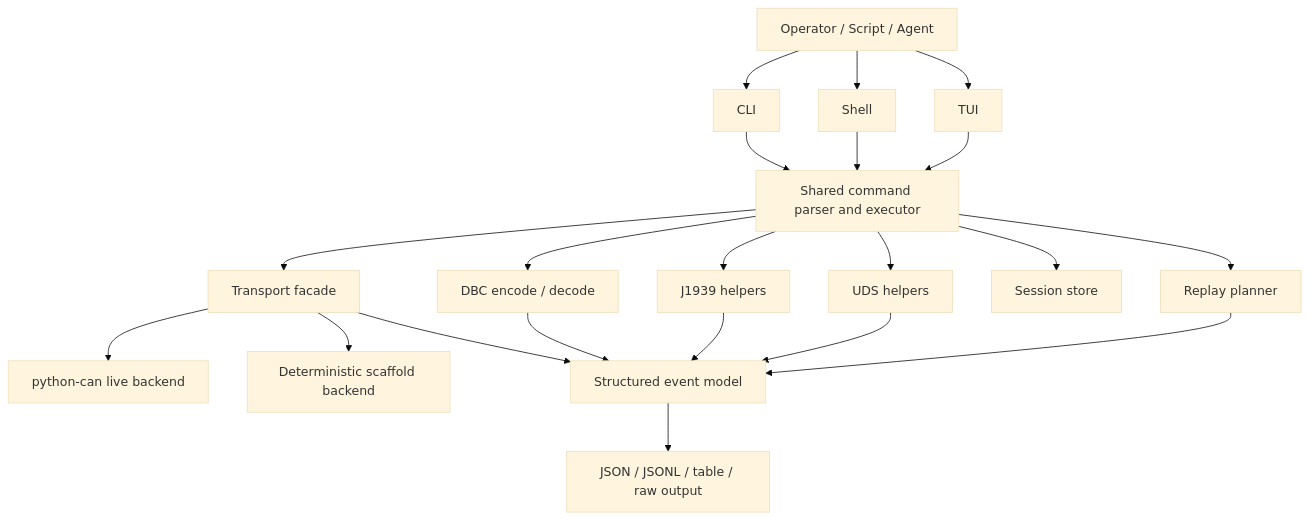
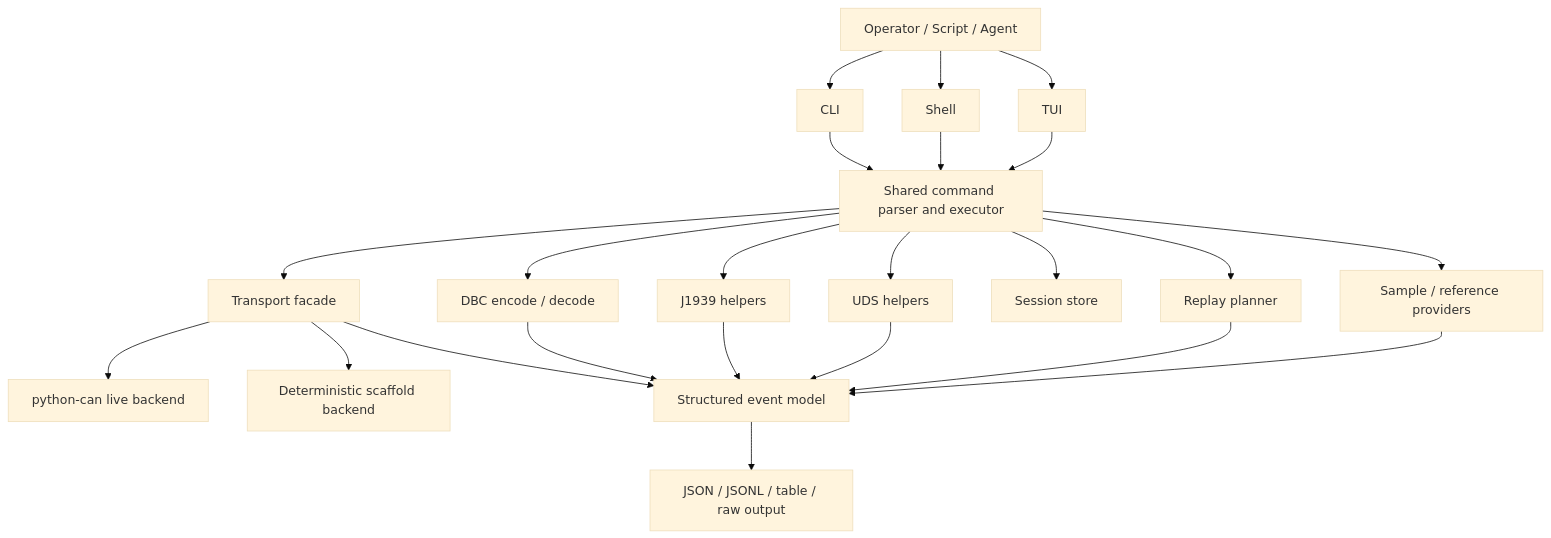
One commit to hexsecs/canarchy changed the first of 5 diagrams in docs/architecture.md. Above: the diagram before and after it, drawn with Mermaid (base theme). The commit also changed other lines of this file and 7 other files, not shown here.

First line of the commit message:
Split scaffold transport from sample providers

````diff
--- a/docs/architecture.md
+++ b/docs/architecture.md
@@ -22,28 +24,30 @@
 ```mermaid
 flowchart TD
     U[Operator / Script / Agent] --> CLI[CLI]
     U --> SH[Shell]
     U --> TUI[TUI]
 
     CLI --> CMD[Shared command parser and executor]
     SH --> CMD
     TUI --> CMD
 
     CMD --> TP[Transport facade]
     CMD --> DBC[DBC encode / decode]
     CMD --> J[J1939 helpers]
     CMD --> UDS[UDS helpers]
     CMD --> SES[Session store]
     CMD --> REP[Replay planner]
 
     TP --> PY[python-can live backend]
     TP --> SC[Deterministic scaffold backend]
+    CMD --> REF[Sample / reference providers]
 
     DBC --> EV[Structured event model]
     J --> EV
     UDS --> EV
     TP --> EV
     REP --> EV
+    REF --> EV
 
     EV --> OUT[JSON / JSONL / table / raw output]
 ```
````
